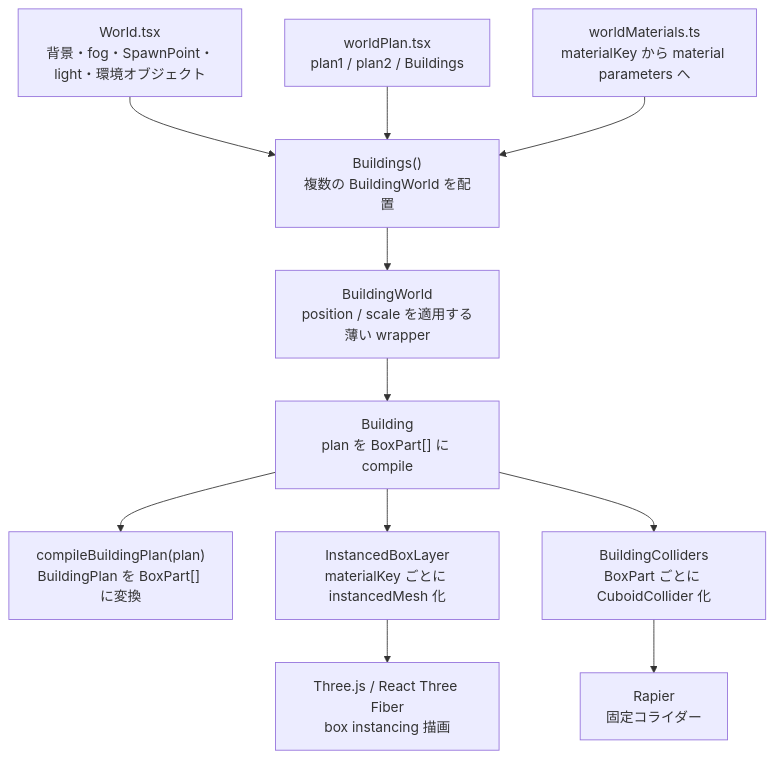
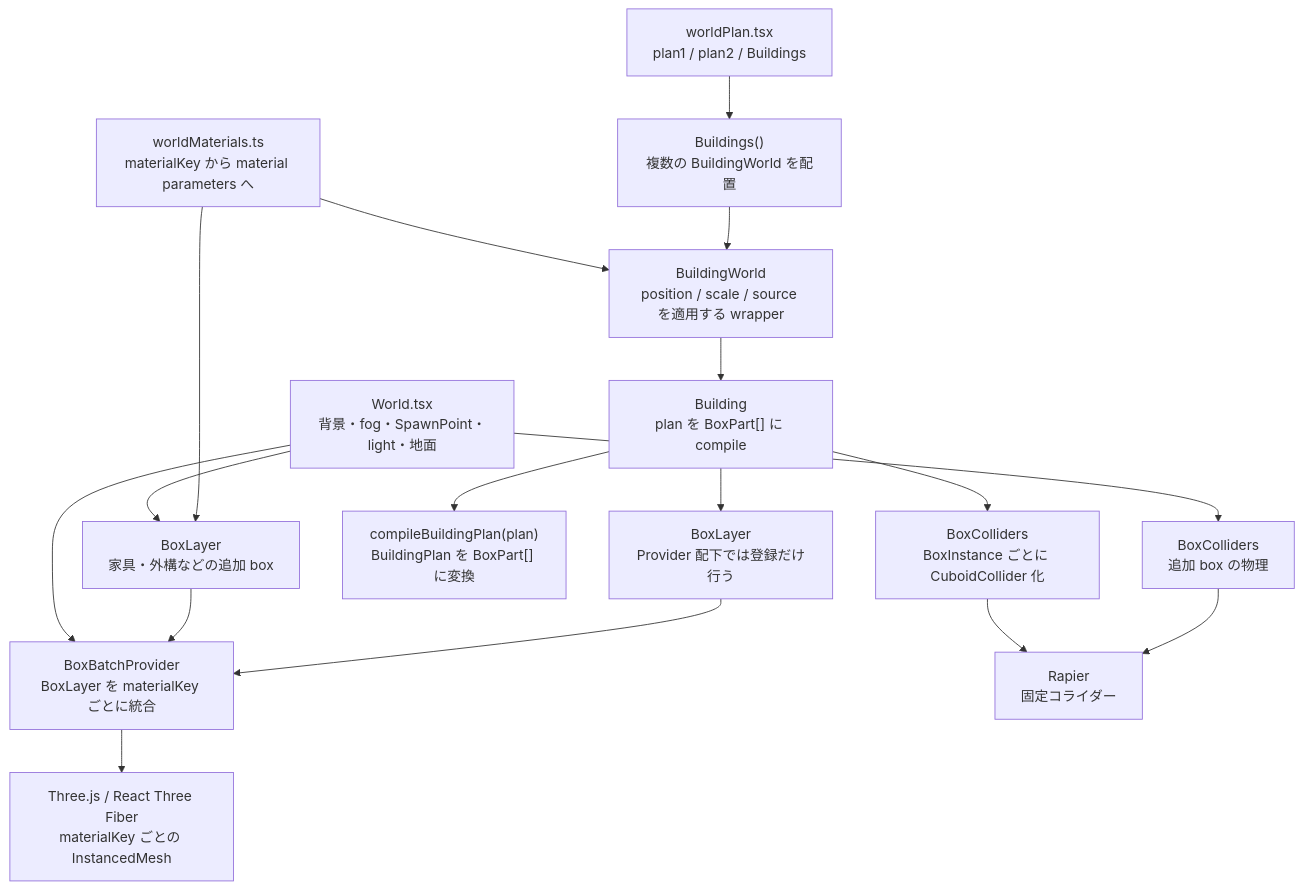
Before and after one commit to wakufactory/xrift-building: the diagram in src/building/architecture.md, drawn with Mermaid. The commit also changed other lines of this file and 11 other files, not shown here.

````diff
--- a/src/building/architecture.md
+++ b/src/building/architecture.md
@@ -13,13 +13,19 @@
 ```mermaid
 flowchart TD
-  A["World.tsx<br/>背景・fog・SpawnPoint・light・環境オブジェクト"] --> B["Buildings()<br/>複数の BuildingWorld を配置"]
-  C["worldPlan.tsx<br/>plan1 / plan2 / Buildings"] --> B
-  D["worldMaterials.ts<br/>materialKey から material parameters へ"] --> B
-  B --> E["BuildingWorld<br/>position / scale を適用する薄い wrapper"]
+  A["World.tsx<br/>背景・fog・SpawnPoint・light・地面"] --> B["BoxBatchProvider<br/>BoxLayer を materialKey ごとに統合"]
+  A --> L["BoxColliders<br/>追加 box の物理"]
+  A --> M["BoxLayer<br/>家具・外構などの追加 box"]
+  M --> B
+  C["worldPlan.tsx<br/>plan1 / plan2 / Buildings"] --> N["Buildings()<br/>複数の BuildingWorld を配置"]
+  D["worldMaterials.ts<br/>materialKey から material parameters へ"] --> M
+  D --> E
+  N --> E["BuildingWorld<br/>position / scale / source を適用する wrapper"]
   E --> F["Building<br/>plan を BoxPart[] に compile"]
   F --> G["compileBuildingPlan(plan)<br/>BuildingPlan を BoxPart[] に変換"]
-  F --> H["InstancedBoxLayer<br/>materialKey ごとに instancedMesh 化"]
-  F --> I["BuildingColliders<br/>BoxPart ごとに CuboidCollider 化"]
-  H --> J["Three.js / React Three Fiber<br/>box instancing 描画"]
+  F --> H["BoxLayer<br/>Provider 配下では登録だけ行う"]
+  F --> I["BoxColliders<br/>BoxInstance ごとに CuboidCollider 化"]
+  H --> B
+  B --> J["Three.js / React Three Fiber<br/>materialKey ごとの InstancedMesh"]
   I --> K["Rapier<br/>固定コライダー"]
+  L --> K
 ```
````
